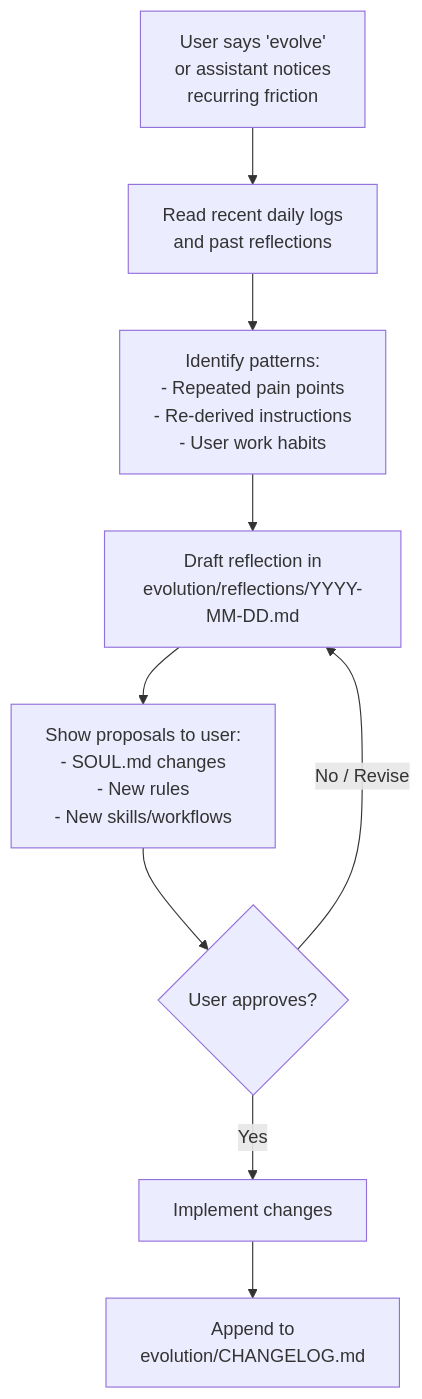
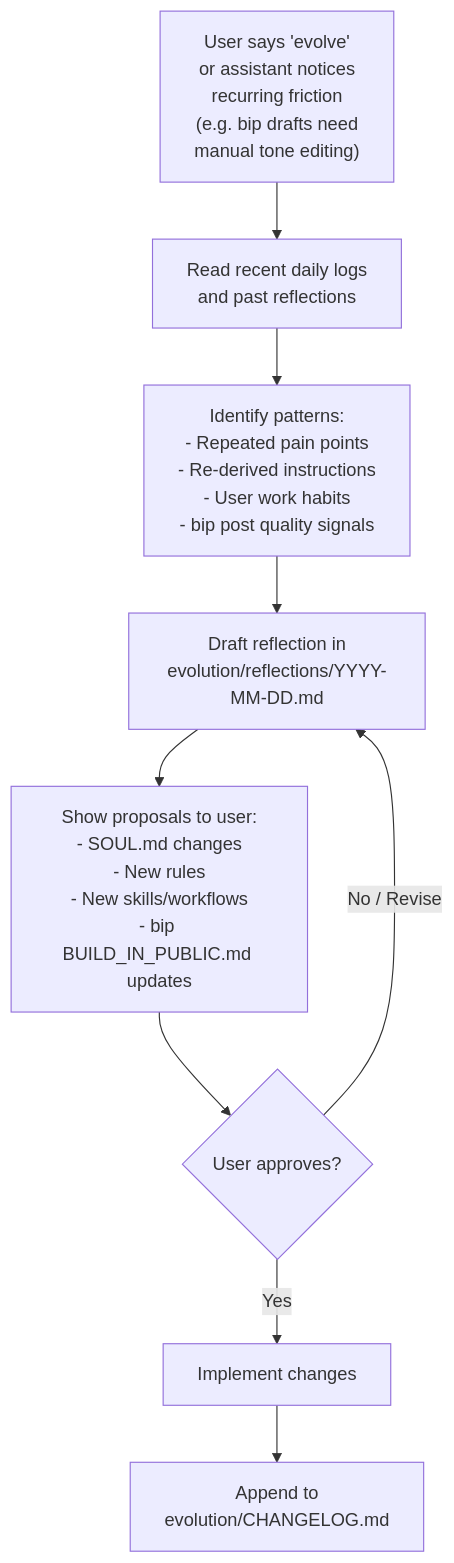
The fourth of 10 diagrams in _posts/2026-02-27-self-evolving-ai-assistant.md (cynthialmy/cynthialmy.github.io), drawn with Mermaid before and after one commit. The commit also changed other lines of this file and 1 other file, not shown here.

Commit message:
added  bip npm build

````diff
--- a/_posts/2026-02-27-self-evolving-ai-assistant.md
+++ b/_posts/2026-02-27-self-evolving-ai-assistant.md
@@ -272,20 +288,20 @@
 ```mermaid
 flowchart TD
-    Trigger["User says 'evolve'<br/>or assistant notices<br/>recurring friction"]
+    Trigger["User says 'evolve'<br/>or assistant notices<br/>recurring friction<br/>(e.g. bip drafts need<br/>manual tone editing)"]
     ReadLogs["Read recent daily logs<br/>and past reflections"]
-    Identify["Identify patterns:<br/>- Repeated pain points<br/>- Re-derived instructions<br/>- User work habits"]
+    Identify["Identify patterns:<br/>- Repeated pain points<br/>- Re-derived instructions<br/>- User work habits<br/>- bip post quality signals"]
     Draft["Draft reflection in<br/>evolution/reflections/YYYY-MM-DD.md"]
-    Propose["Show proposals to user:<br/>- SOUL.md changes<br/>- New rules<br/>- New skills/workflows"]
+    Propose["Show proposals to user:<br/>- SOUL.md changes<br/>- New rules<br/>- New skills/workflows<br/>- bip BUILD_IN_PUBLIC.md updates"]
     Approve{"User approves?"}
     Implement["Implement changes"]
     Log["Append to<br/>evolution/CHANGELOG.md"]
 
     Trigger --> ReadLogs
     ReadLogs --> Identify
     Identify --> Draft
     Draft --> Propose
     Propose --> Approve
     Approve -->|Yes| Implement
     Approve -->|No / Revise| Draft
     Implement --> Log
 ```
````
